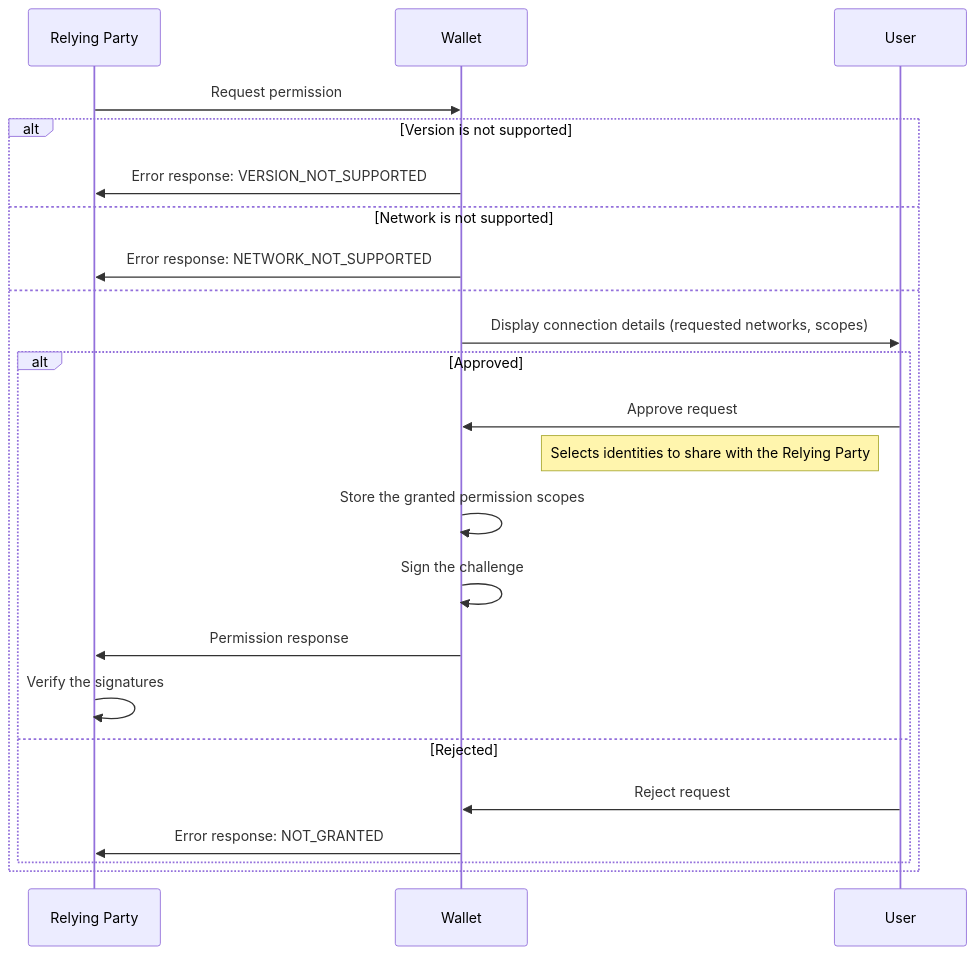
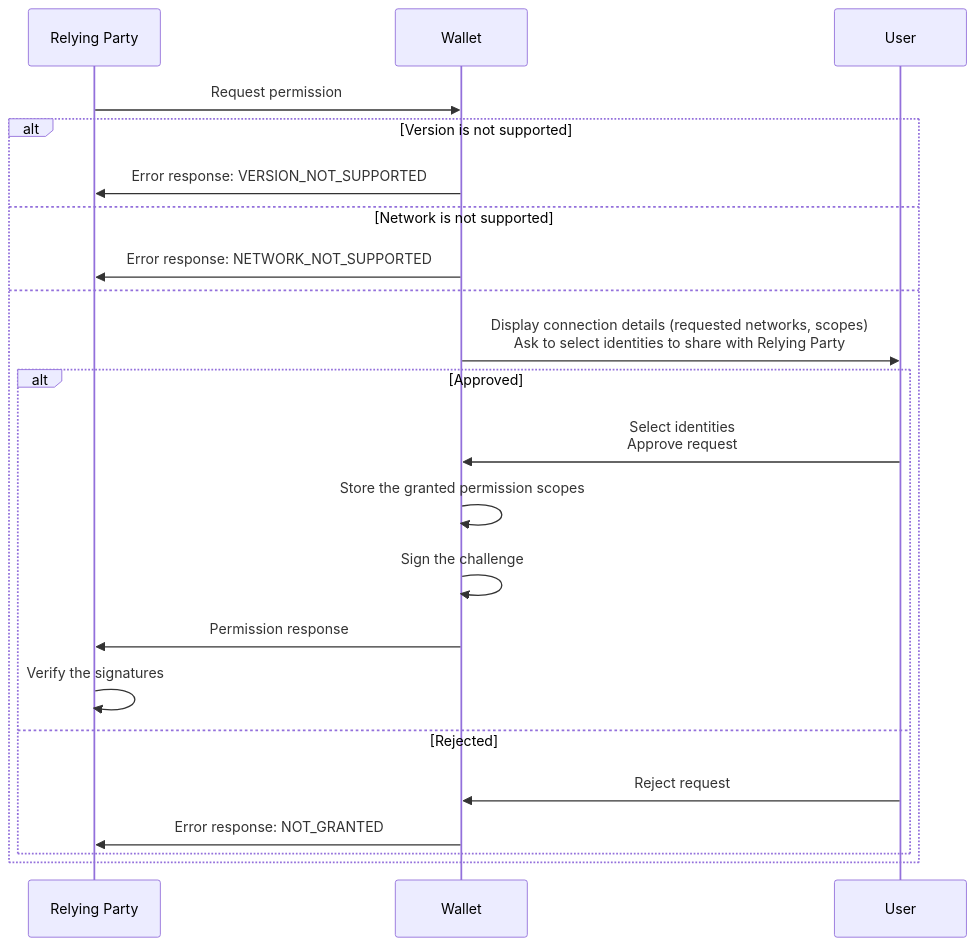
One commit to dfinity/wg-identity-authentication changed the first of 2 diagrams in topics/wallet-interaction-standard.md. Above: the diagram before and after it, drawn with Mermaid. The commit also changed other lines of this file, not shown here.

Commit message:
Add sequence diagram for canister_call messages

````diff
--- a/topics/wallet-interaction-standard.md
+++ b/topics/wallet-interaction-standard.md
@@ -73,26 +73,25 @@
 ```mermaid
 sequenceDiagram
     participant RP as Relying Party
     participant W as Wallet
     participant U as User
 
     RP ->> W: Request permission
     alt Version is not supported
         W ->> RP: Error response: VERSION_NOT_SUPPORTED
     else Network is not supported
         W ->> RP: Error response: NETWORK_NOT_SUPPORTED
     else
-        W ->> U: Display connection details (requested networks, scopes)
+        W ->> U: Display connection details (requested networks, scopes)<br/> Ask to select identities to share with Relying Party
         alt Approved
-            U ->> W: Approve request
-            Note left of U: Selects identities to share with the Relying Party
+            U ->> W: Select identities<br/>Approve request
             W ->> W: Store the granted permission scopes
             W ->> W: Sign the challenge
             W ->> RP: Permission response
             RP ->> RP: Verify the signatures
         else Rejected
             U ->> W: Reject request
             W ->> RP: Error response: NOT_GRANTED
         end
     end
 ```
````
